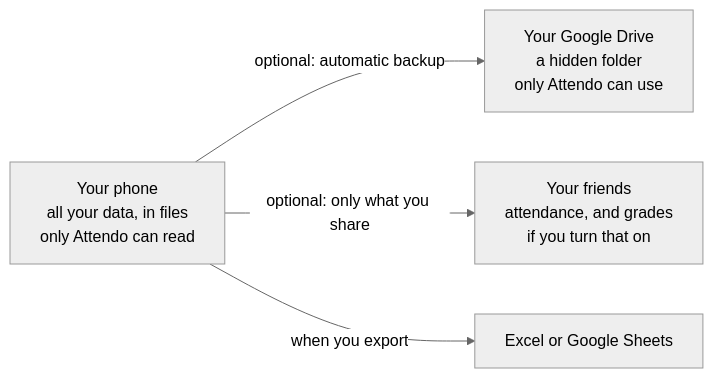
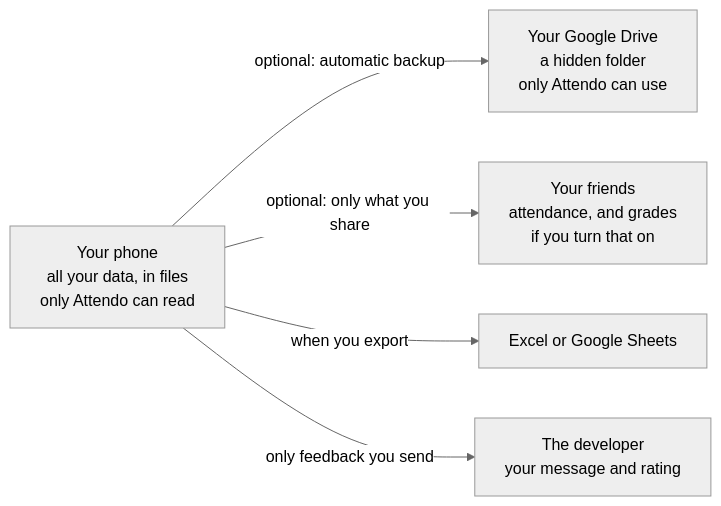
One commit to madhukarverma/attendo changed the second of 2 diagrams in README.md. Above: the diagram before and after it, drawn with Mermaid (neutral theme). The commit also changed other lines of this file and 69 other files, not shown here.

````diff
--- a/README.md
+++ b/README.md
@@ -167,7 +173,8 @@
 ```mermaid
 flowchart LR
     phone["Your phone<br/>all your data, in files<br/>only Attendo can read"]
     phone -->|"optional: automatic backup"| drive["Your Google Drive<br/>a hidden folder<br/>only Attendo can use"]
     phone -->|"optional: only what you share"| friends["Your friends<br/>attendance, and grades<br/>if you turn that on"]
     phone -->|"when you export"| sheets["Excel or Google Sheets"]
+    phone -->|"only feedback you send"| dev["The developer<br/>your message and rating"]
 ```
````
